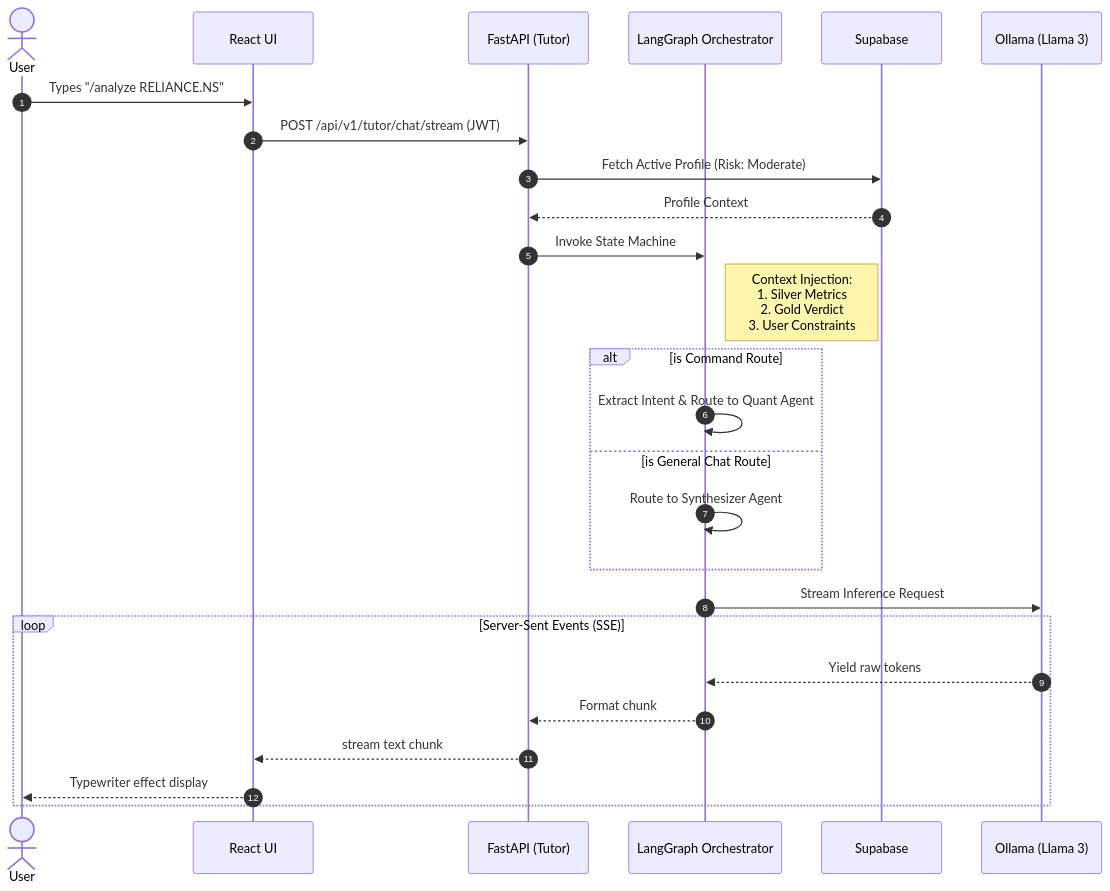
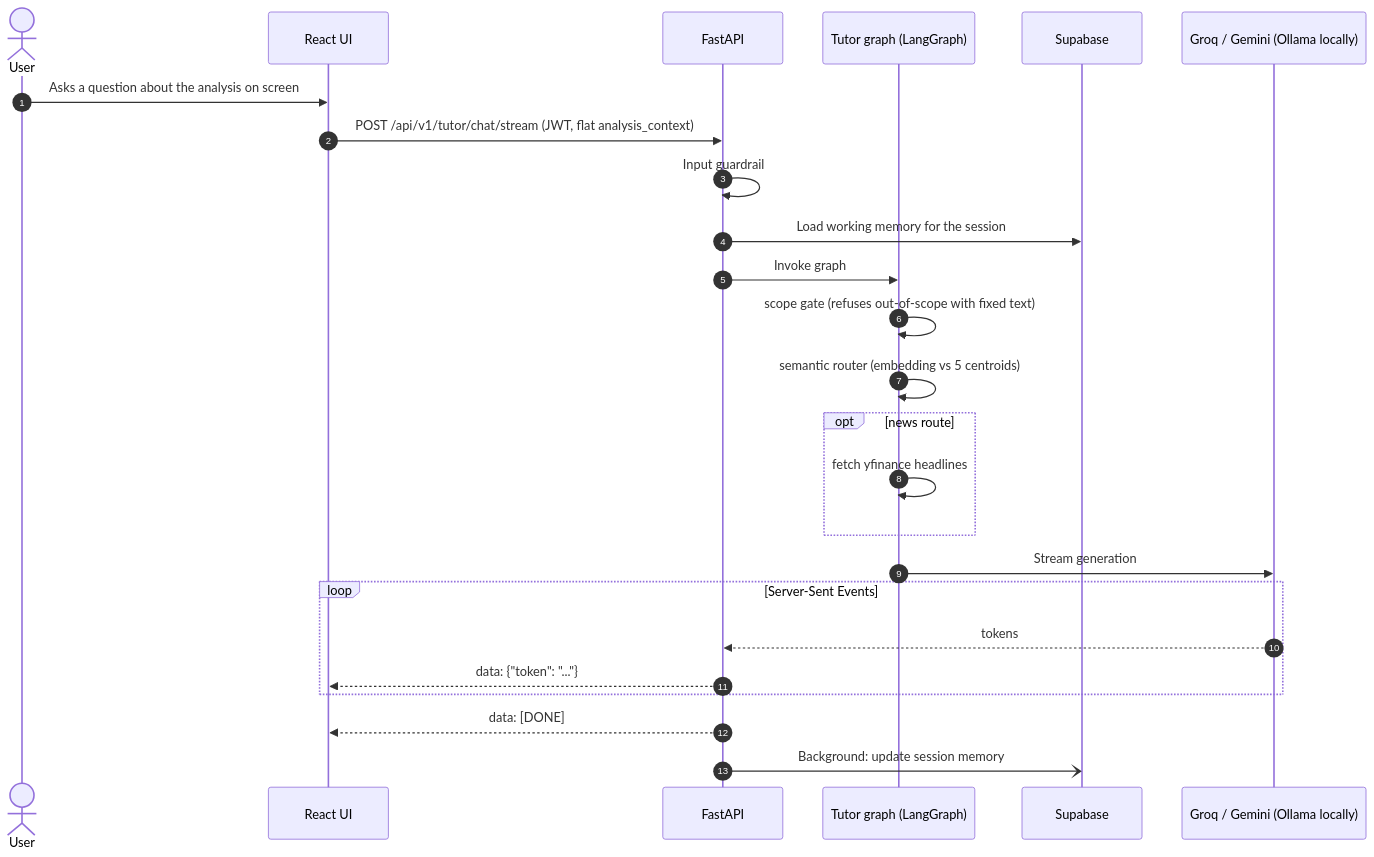
Before and after one commit to gh0gale/INVR: the second of 3 diagrams in README.md, drawn with Mermaid. The commit also changed other lines of this file, not shown here.

````diff
--- a/README.md
+++ b/README.md
@@ -54,33 +55,28 @@
 ```mermaid
 sequenceDiagram
     autonumber
-    actor U as  User
-    participant UI as  React UI
-    participant API as  FastAPI (Tutor)
-    participant LG as  LangGraph Orchestrator
-    participant DB as  Supabase
-    participant LLM as  Ollama (Llama 3)
-    
-    U->>UI: Types "/analyze RELIANCE.NS"
-    UI->>API: POST /api/v1/tutor/chat/stream (JWT)
-    API->>DB: Fetch Active Profile (Risk: Moderate)
-    DB-->>API: Profile Context
-    
-    API->>LG: Invoke State Machine
-    note right of LG: Context Injection:<br/>1. Silver Metrics<br/>2. Gold Verdict<br/>3. User Constraints
-    
-    alt is Command Route
-        LG->>LG: Extract Intent & Route to Quant Agent
-    else is General Chat Route
-        LG->>LG: Route to Synthesizer Agent
+    actor U as User
+    participant UI as React UI
+    participant API as FastAPI
+    participant LG as Tutor graph (LangGraph)
+    participant DB as Supabase
+    participant LLM as Groq / Gemini (Ollama locally)
+
+    U->>UI: Asks a question about the analysis on screen
+    UI->>API: POST /api/v1/tutor/chat/stream (JWT, flat analysis_context)
+    API->>API: Input guardrail
+    API->>DB: Load working memory for the session
+    API->>LG: Invoke graph
+    LG->>LG: scope gate (refuses out-of-scope with fixed text)
+    LG->>LG: semantic router (embedding vs 5 centroids)
+    opt news route
+        LG->>LG: fetch yfinance headlines
     end
-    
-    LG->>LLM: Stream Inference Request
-    
-    loop Server-Sent Events (SSE)
-        LLM-->>LG: Yield raw tokens
-        LG-->>API: Format chunk
-        API-->>UI: stream text chunk
-        UI-->>U: Typewriter effect display
+    LG->>LLM: Stream generation
+    loop Server-Sent Events
+        LLM-->>API: tokens
+        API-->>UI: data: {"token": "..."}
     end
+    API-->>UI: data: [DONE]
+    API-)DB: Background: update session memory
 ```
````
